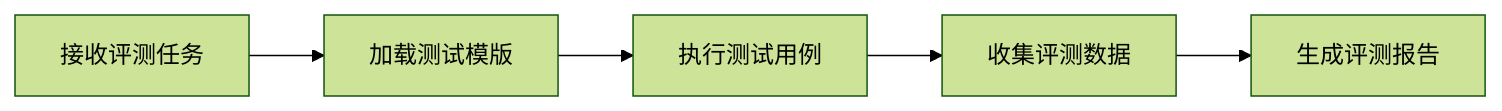
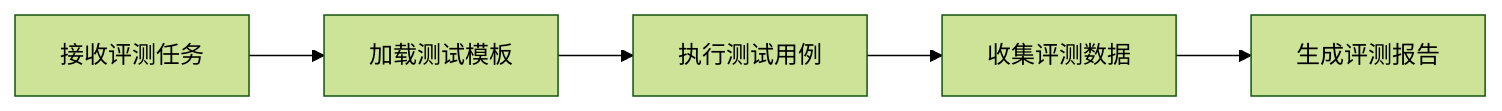
One commit to yance-dev/aihub-docs changed the first of 2 diagrams in docs/docs/评测榜单.md. Above: the diagram before and after it, drawn with Mermaid (forest theme). The commit also changed other lines of this file, not shown here.

````diff
--- a/docs/docs/评测榜单.md
+++ b/docs/docs/评测榜单.md
@@ -59,7 +64,7 @@
 ```mermaid
 graph LR
-    A[接收评测任务] --> B[加载测试模版]
+    A[接收评测任务] --> B[加载测试模板]
     B --> C[执行测试用例]
     C --> D[收集评测数据]
     D --> E[生成评测报告]
 ```
````
